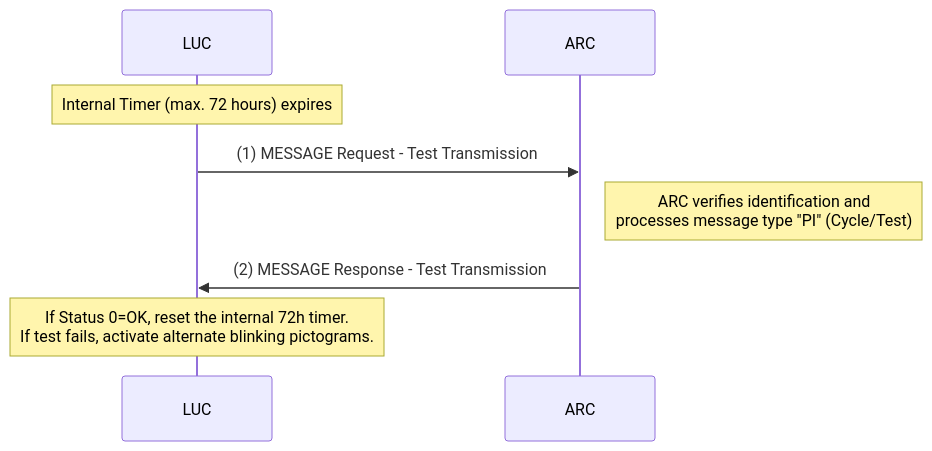
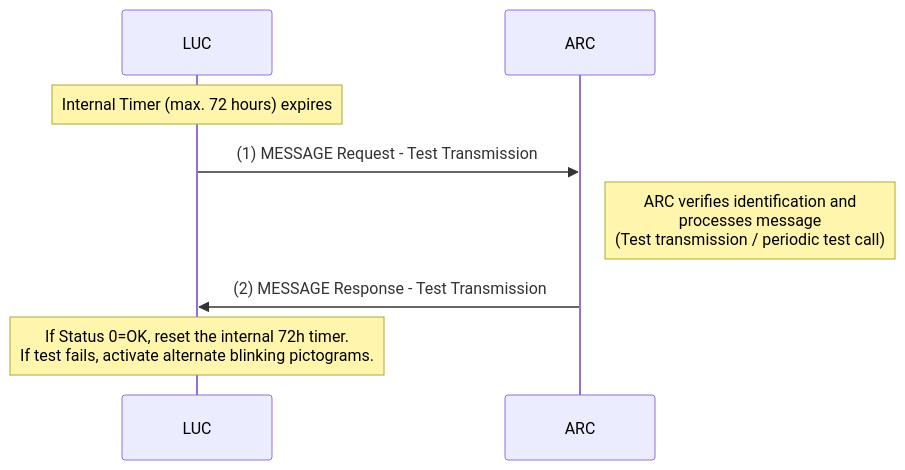
Before and after one commit to Telegartner-Elektronik/LACS-Protocol: the third of 9 diagrams in LACS.md, drawn with Mermaid. The commit also changed other lines of this file, not shown here.

Commit message:
v0.04-draft - use mty=ME (instead of PI) for the periodic test transmission in consistency with the ELA information note

````diff
--- a/LACS.md
+++ b/LACS.md
@@ -608,16 +607,16 @@
 ```mermaid
 sequenceDiagram
     participant LUC
     participant ARC
 
     Note over LUC: Internal Timer (max. 72 hours) expires
 
     LUC->>ARC: (1) MESSAGE Request - Test Transmission
-    Note right of ARC: ARC verifies identification and<br>processes message type "PI" (Cycle/Test)
+    Note right of ARC: ARC verifies identification and<br>processes message<br>(Test transmission / periodic test call)
 
     ARC->>LUC: (2) MESSAGE Response - Test Transmission
 
 
     Note over LUC: If Status 0=OK, reset the internal 72h timer.<br>If test fails, activate alternate blinking pictograms.
 
 ```
````
